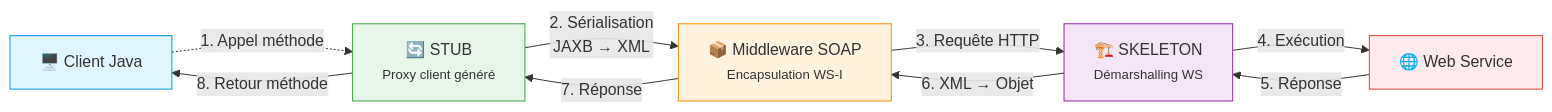
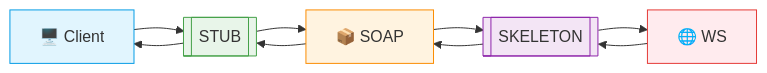
One commit to Safae26/ws-soap changed the diagram in README.md. Above: the diagram before and after it, drawn with Mermaid.

````diff
--- a/README.md
+++ b/README.md
@@ -102,17 +102,17 @@
 ```mermaid
 flowchart LR
-    A[🖥️ Client Java] -.->|1. Appel méthode| B[🔄 STUB\n<small>Proxy client généré</small>]
-    B -->|2. Sérialisation\nJAXB → XML| C[📦 Middleware SOAP\n<small>Encapsulation WS-I</small>]
-    C -->|3. Requête HTTP| D[🏗️ SKELETON\n<small>Démarshalling WS</small>]
-    D -->|4. Exécution| E[🌐 Web Service]
-    E -->|5. Réponse| D
-    D -->|6. XML → Objet| C
-    C -->|7. Réponse| B
-    B -->|8. Retour méthode| A
+    A[🖥️ Client] --> B[[STUB]]
+    B --> C[📦 SOAP]
+    C --> D[[SKELETON]]
+    D --> E[🌐 WS]
+    E --> D
+    D --> C
+    C --> B
+    B --> A
 
     style A fill:#e1f5fe,stroke:#039be5
     style B fill:#e8f5e9,stroke:#43a047
     style C fill:#fff3e0,stroke:#fb8c00
     style D fill:#f3e5f5,stroke:#8e24aa
     style E fill:#ffebee,stroke:#e53935
 ```
````
